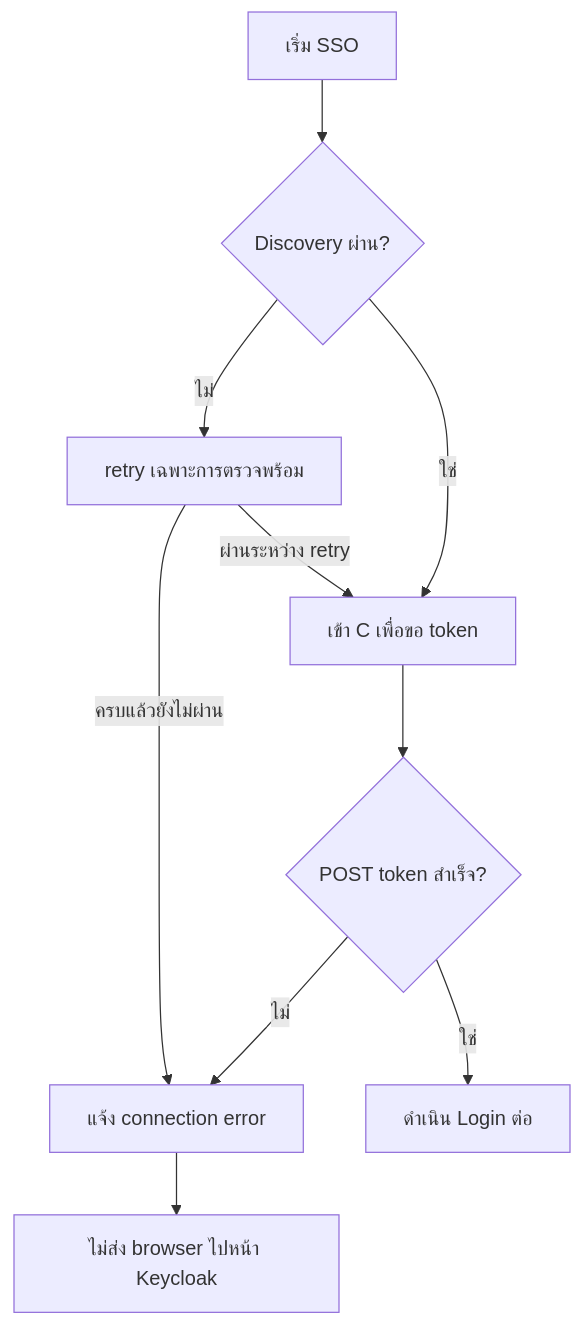
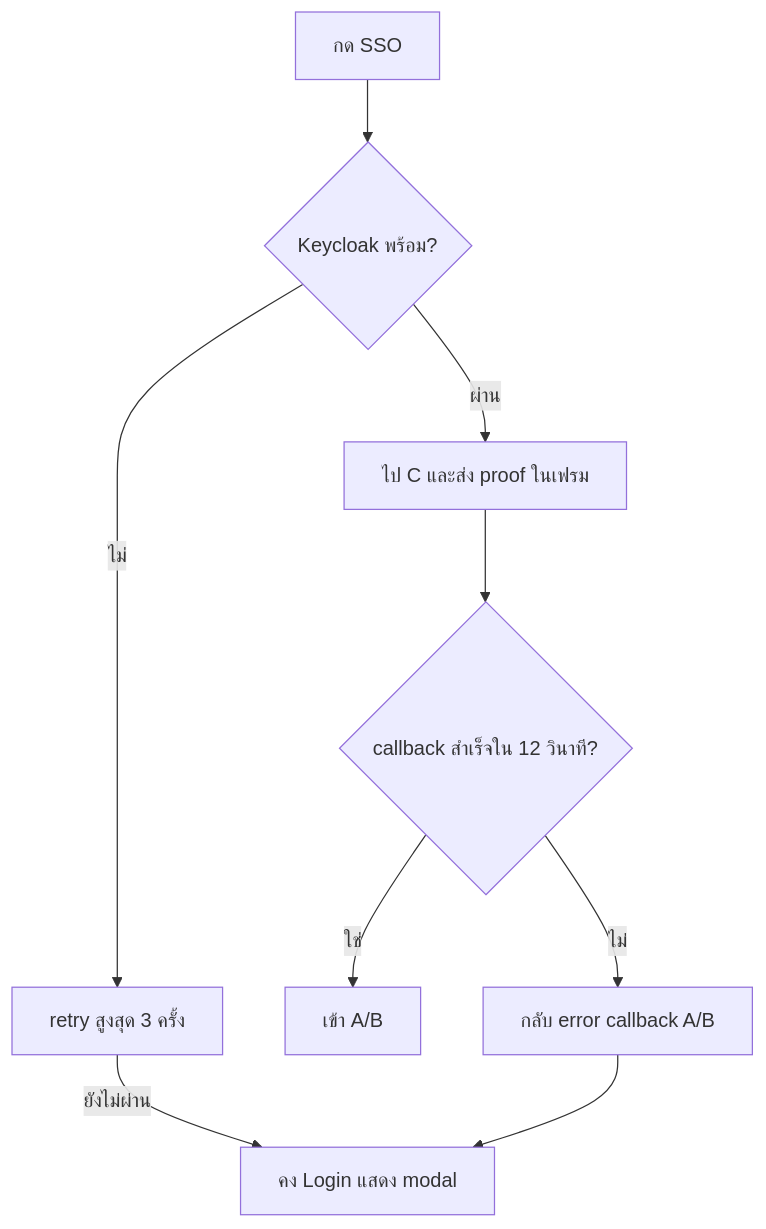
Before and after one commit to Sin1apachai/poc_sso: diagram 12 of 20 in docs/flows/LOGIN-AND-SESSION.md, drawn with Mermaid. The commit also changed other lines of this file and 149 other files, not shown here.

First line of the commit message:
Use one shared SSO token and simplify login handoff

````diff
--- a/docs/flows/LOGIN-AND-SESSION.md
+++ b/docs/flows/LOGIN-AND-SESSION.md
@@ -278,12 +294,11 @@
 ```mermaid
 flowchart TD
-    S[เริ่ม SSO] --> D{Discovery ผ่าน?}
-    D -->|ไม่| R[retry เฉพาะการตรวจพร้อม]
-    R -->|ครบแล้วยังไม่ผ่าน| E[แจ้ง connection error]
-    R -->|ผ่านระหว่าง retry| C
-    D -->|ใช่| C[เข้า C เพื่อขอ token]
-    C --> T{POST token สำเร็จ?}
-    T -->|ไม่| E
-    T -->|ใช่| H[ดำเนิน Login ต่อ]
-    E --> L[ไม่ส่ง browser ไปหน้า Keycloak]
+S[กด SSO] --> P{Keycloak พร้อม?}
+    P -->|ไม่| R[retry สูงสุด 3 ครั้ง]
+    R -->|ยังไม่ผ่าน| E[คง Login แสดง modal]
+    P -->|ผ่าน| C[ไป C และส่ง proof ในเฟรม]
+    C --> T{callback สำเร็จใน 12 วินาที?}
+    T -->|ใช่| H[เข้า A/B]
+    T -->|ไม่| F[กลับ error callback A/B]
+    F --> E
 ```
````
